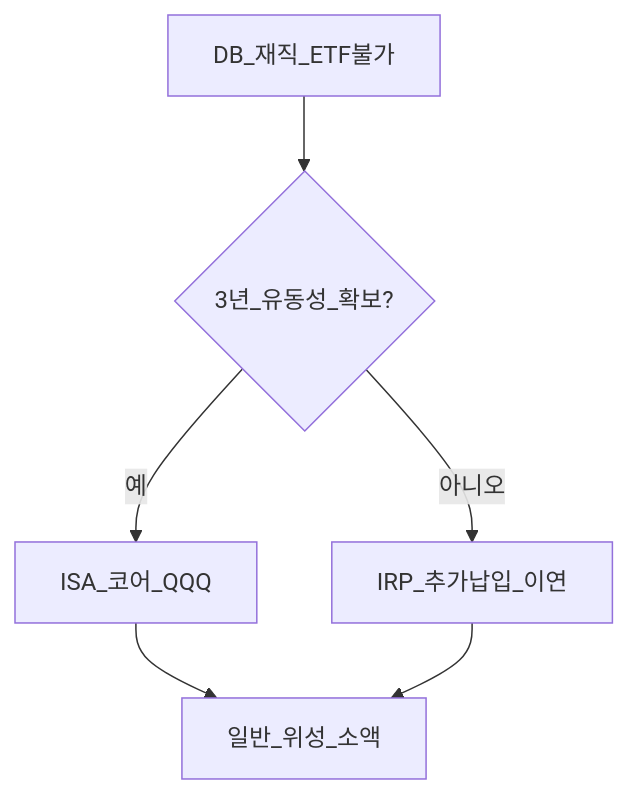
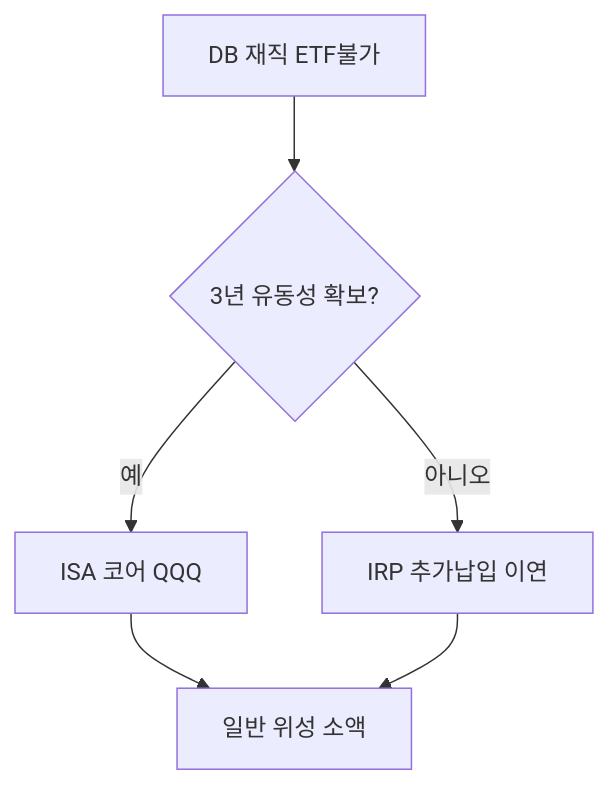
The third of 3 diagrams in 06-korea-policy/isa.md (goldanghenry/Finances), drawn with Mermaid before and after one commit. The commit also changed other lines of this file and 211 other files, not shown here.

````diff
--- a/06-korea-policy/isa.md
+++ b/06-korea-policy/isa.md
@@ -220,8 +232,8 @@
 ```mermaid
 flowchart TD
-  DB[DB_재직_ETF불가] --> Q{3년_유동성_확보?}
-  Q -->|예| ISA[ISA_코어_QQQ]
-  Q -->|아니오| IRP[IRP_추가납입_이연]
-  ISA --> Gen[일반_위성_소액]
+  DB["DB 재직 ETF불가"] --> Q{"3년 유동성 확보?"}
+  Q -->|예| ISA["ISA 코어 QQQ"]
+  Q -->|아니오| IRP["IRP 추가납입 이연"]
+  ISA --> Gen["일반 위성 소액"]
   IRP --> Gen
 ```
````
